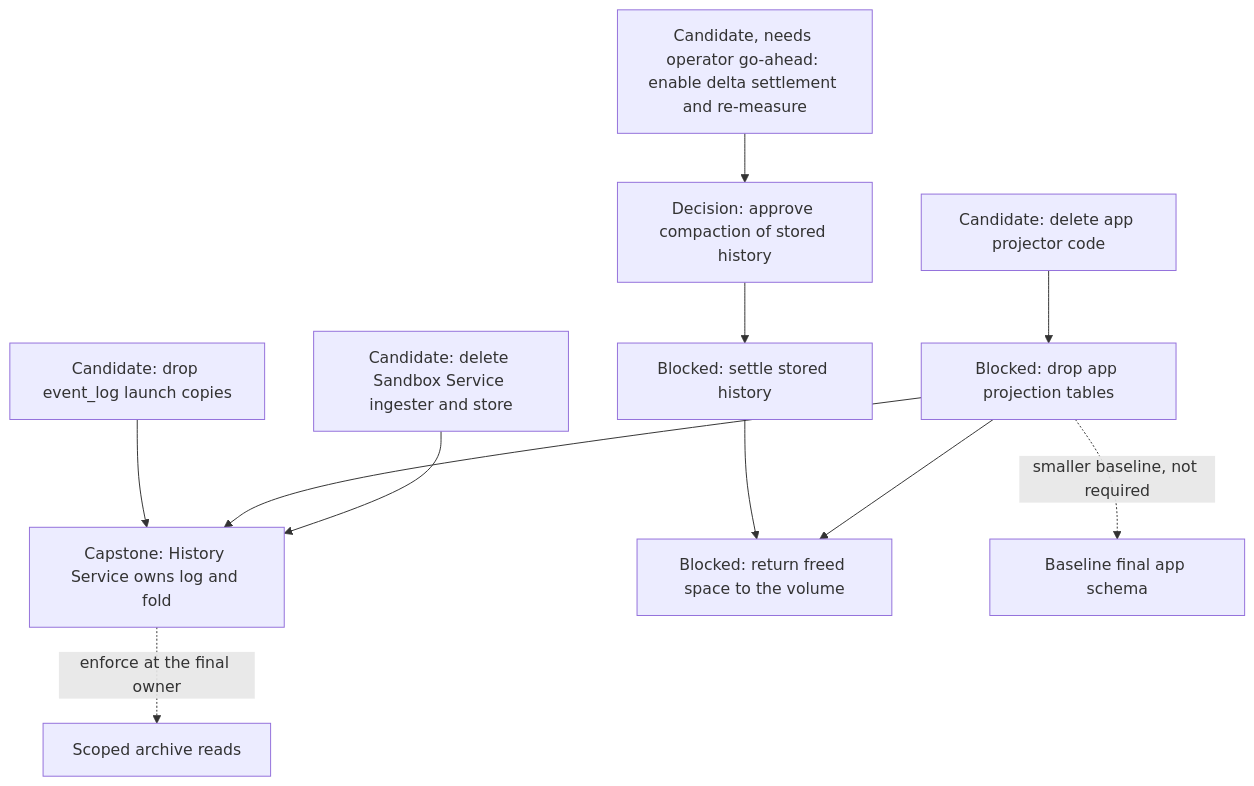
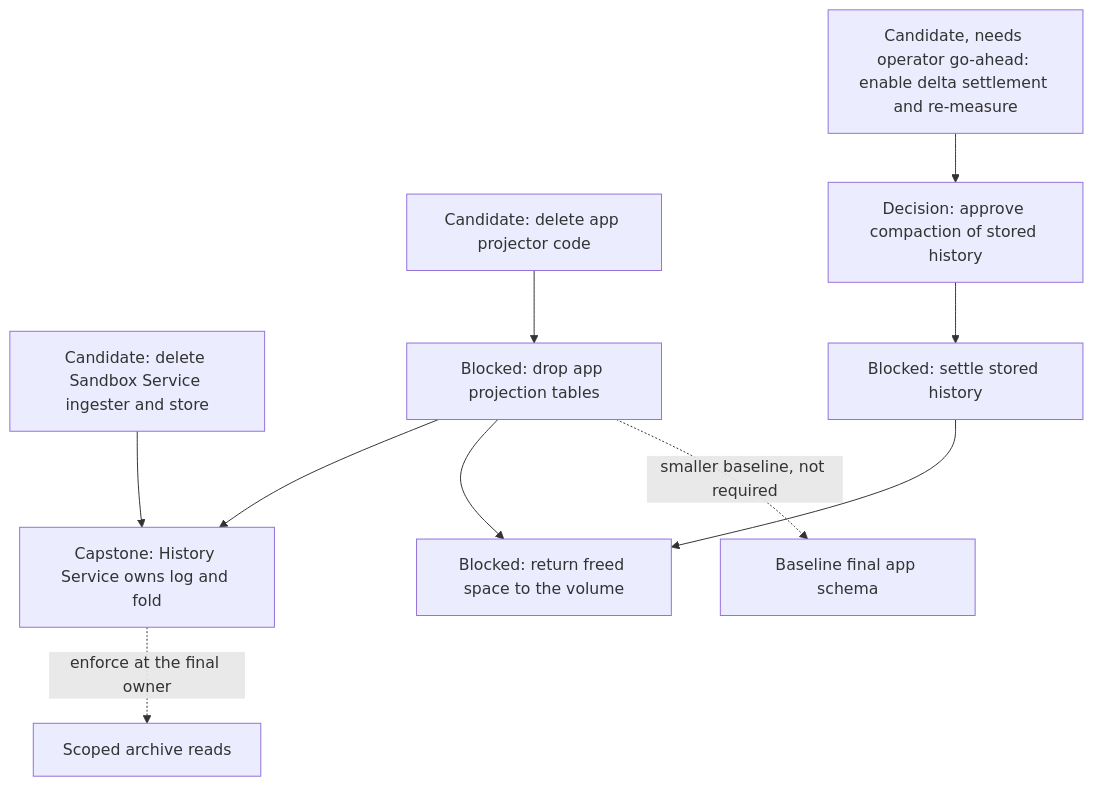
The eighth of 12 diagrams in agentplane/plans/task_dag.md (agentydragon/ducktape), drawn with Mermaid before and after one commit. The commit also changed other lines of this file and 7 other files, not shown here.

First line of the commit message:
agentplane/app: drop the event_log launch copies (APP_EVENT_LOG_COPIES_RETIRE)

````diff
--- a/agentplane/plans/task_dag.md
+++ b/agentplane/plans/task_dag.md
@@ -580,24 +580,22 @@
 ```mermaid
 flowchart TD
     SANDBOX_LOCAL_HISTORY_RETIRE[Candidate: delete Sandbox Service ingester and store]
     APP_PROJECTOR_RETIRE[Candidate: delete app projector code]
     APP_PROJECTION_RETIRE[Blocked: drop app projection tables]
-    APP_EVENT_LOG_COPIES_RETIRE[Candidate: drop event_log launch copies]
     HISTORY_SERVICE_OWNERSHIP[Capstone: History Service owns log and fold]
     SESSION_EVENT_RETENTION_ENABLE[Candidate, needs operator go-ahead: enable delta settlement and re-measure]
     SESSION_EVENT_COMPACTION_PLAN[Decision: approve compaction of stored history]
     SESSION_EVENT_COMPACTION[Blocked: settle stored history]
     HISTORY_REPACK[Blocked: return freed space to the volume]
     APP_ALEMBIC_SQUASH[Baseline final app schema]
     THREAD_READ_POLICY[Scoped archive reads]
     APP_PROJECTOR_RETIRE --> APP_PROJECTION_RETIRE
-    APP_EVENT_LOG_COPIES_RETIRE --> HISTORY_SERVICE_OWNERSHIP
     APP_PROJECTION_RETIRE --> HISTORY_SERVICE_OWNERSHIP
     SANDBOX_LOCAL_HISTORY_RETIRE --> HISTORY_SERVICE_OWNERSHIP
     SESSION_EVENT_RETENTION_ENABLE --> SESSION_EVENT_COMPACTION_PLAN
     SESSION_EVENT_COMPACTION_PLAN --> SESSION_EVENT_COMPACTION
     SESSION_EVENT_COMPACTION --> HISTORY_REPACK
     APP_PROJECTION_RETIRE --> HISTORY_REPACK
     APP_PROJECTION_RETIRE -. smaller baseline, not required .-> APP_ALEMBIC_SQUASH
     HISTORY_SERVICE_OWNERSHIP -. enforce at the final owner .-> THREAD_READ_POLICY
 ```
````
